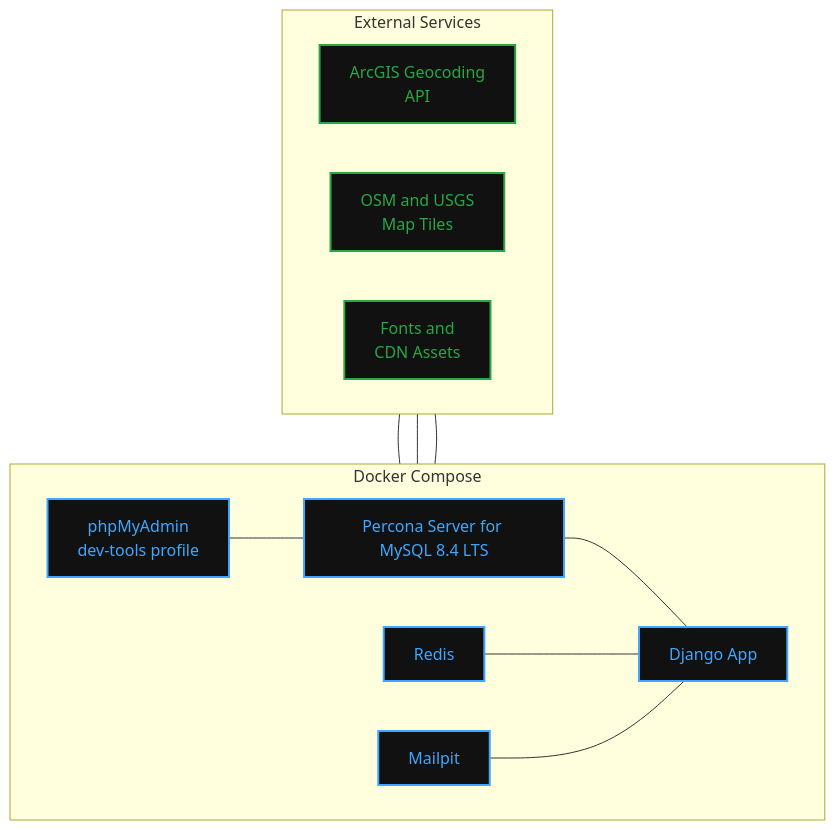
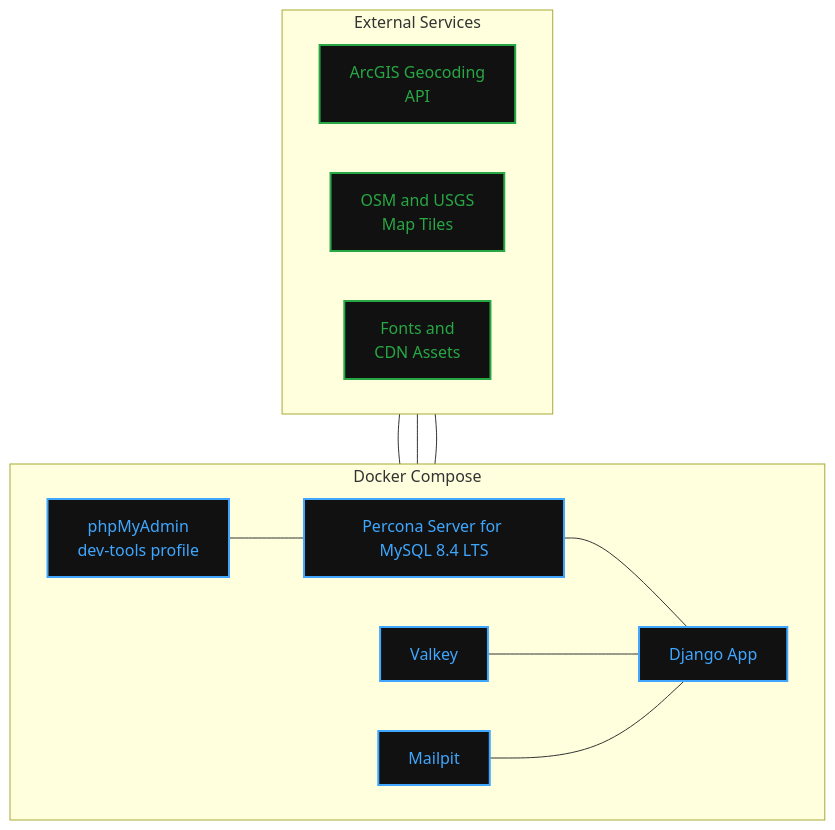
The second of 2 diagrams in README.md (osu-cass/hemp-db), drawn with Mermaid before and after one commit. The commit also changed other lines of this file and 8 other files, not shown here.

Commit message:
chore: bump redis to valkey and fix doc discrepancies

````diff
--- a/README.md
+++ b/README.md
@@ -174,31 +174,31 @@
 ```mermaid
 flowchart TB
     subgraph external[External Services]
         direction LR
         arcgis["ArcGIS Geocoding<br/>API"]
         maps["OSM and USGS<br/>Map Tiles"]
         cdn["Fonts and<br/>CDN Assets"]
     end
 
     subgraph docker[Docker Compose]
         direction LR
         django[Django App]
         mysql["Percona Server for MySQL 8.4 LTS"]
-        redis[Redis]
+        valkey[Valkey]
         mailpit[Mailpit]
         phpmyadmin["phpMyAdmin<br/>dev-tools profile"]
     end
 
     mysql --- django
-    redis --- django
+    valkey --- django
     mailpit --- django
     phpmyadmin --- mysql
     arcgis --- django
     maps --- django
     cdn --- django
 
     classDef externalService fill:#111,stroke:#28a745,color:#28a745,stroke-width:2px
     classDef dockerService fill:#111,stroke:#3fa7ff,color:#3fa7ff,stroke-width:2px
     class arcgis,maps,cdn externalService
-    class django,mysql,redis,mailpit,phpmyadmin dockerService
+    class django,mysql,valkey,mailpit,phpmyadmin dockerService
 ```
````
